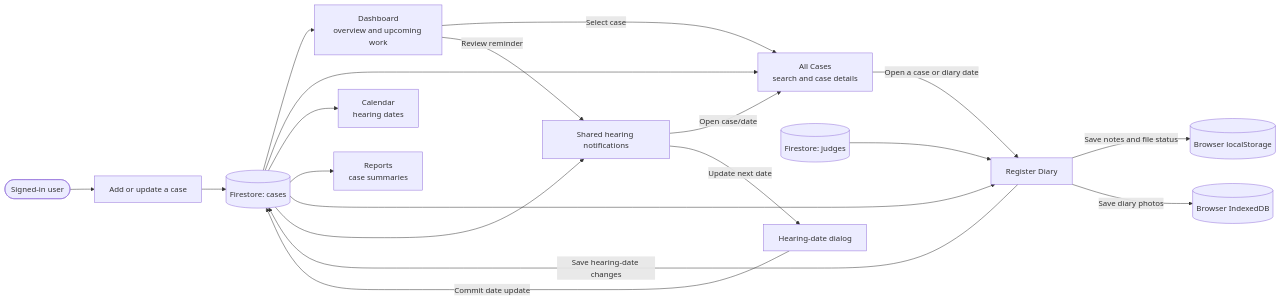
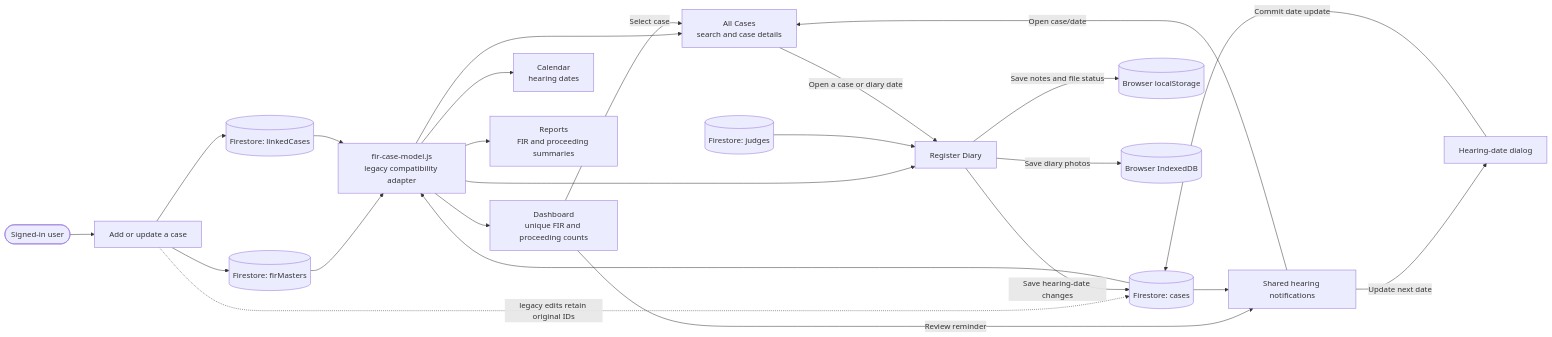
Before and after one commit to sknarwal03/CaseTrack: the fourth of 5 diagrams in WEBSITE-ARCHITECTURE.md, drawn with Mermaid. The commit also changed other lines of this file and 34 other files, not shown here.

````diff
--- a/WEBSITE-ARCHITECTURE.md
+++ b/WEBSITE-ARCHITECTURE.md
@@ -153,24 +161,29 @@
 ```mermaid
 flowchart LR
     User([Signed-in user]) --> Add["Add or update a case"]
-    Add --> Cases[("Firestore: cases")]
+    Add --> FIRMasters[("Firestore: firMasters")]
+    Add --> LinkedCases[("Firestore: linkedCases")]
+    Add -. "legacy edits retain original IDs" .-> Cases[("Firestore: cases")]
 
-    Cases --> Dashboard["Dashboard<br/>overview and upcoming work"]
-    Cases --> CaseList["All Cases<br/>search and case details"]
-    Cases --> Calendar["Calendar<br/>hearing dates"]
-    Cases --> Report["Reports<br/>case summaries"]
-    Cases --> Diary["Register Diary"]
+    FIRMasters --> Adapter["fir-case-model.js<br/>legacy compatibility adapter"]
+    LinkedCases --> Adapter
+    Cases --> Adapter
+    Adapter --> Dashboard["Dashboard<br/>unique FIR and proceeding counts"]
+    Adapter --> CaseList["All Cases<br/>search and case details"]
+    Adapter --> Calendar["Calendar<br/>hearing dates"]
+    Adapter --> Report["Reports<br/>FIR and proceeding summaries"]
+    Adapter --> Diary["Register Diary"]
 
     Judges[("Firestore: judges")] --> Diary
     Diary -->|Save hearing-date changes| Cases
     Diary -->|Save notes and file status| LocalStorage[("Browser localStorage")]
     Diary -->|Save diary photos| IndexedDB[("Browser IndexedDB")]
 
     CaseList -->|Open a case or diary date| Diary
     Dashboard -->|Select case| CaseList
     Dashboard -->|Review reminder| Notifications["Shared hearing notifications"]
     Cases --> Notifications
     Notifications -->|Open case/date| CaseList
     Notifications -->|Update next date| DateDialog["Hearing-date dialog"]
     DateDialog -->|Commit date update| Cases
 ```
````
